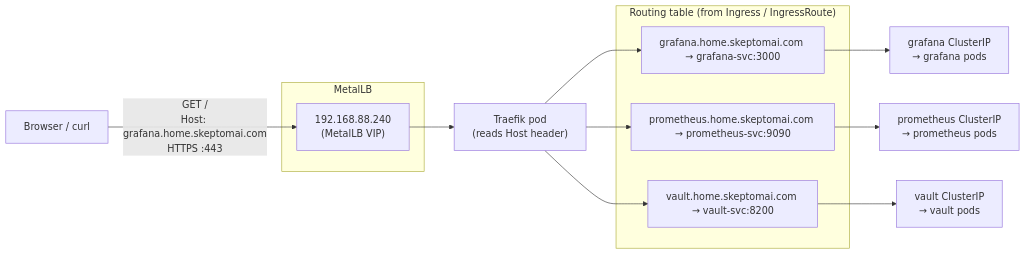
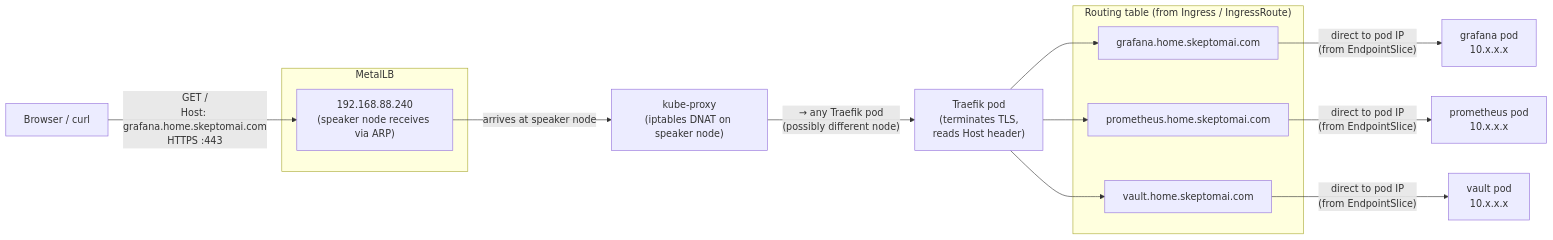
One commit to skeptomai/k3s-experiments changed the fourth of 5 diagrams in docs/vip-architecture.md. Above: the diagram before and after it, drawn with Mermaid. The commit also changed other lines of this file, not shown here.

First line of the commit message:
docs(vip-architecture): correct Traefik/kube-proxy traffic flow

````diff
--- a/docs/vip-architecture.md
+++ b/docs/vip-architecture.md
@@ -202,24 +202,25 @@
 ```mermaid
 graph LR
     client["Browser / curl"]
 
     client -->|"GET /\nHost: grafana.home.skeptomai.com\nHTTPS :443"| vip
 
     subgraph "MetalLB"
-        vip["192.168.88.240\n(MetalLB VIP)"]
+        vip["192.168.88.240\n(speaker node receives via ARP)"]
     end
 
-    vip --> traefik["Traefik pod\n(reads Host header)"]
+    vip -->|"arrives at speaker node"| kp["kube-proxy\n(iptables DNAT on speaker node)"]
+    kp -->|"→ any Traefik pod\n(possibly different node)"| traefik["Traefik pod\n(terminates TLS,\nreads Host header)"]
 
     subgraph "Routing table (from Ingress / IngressRoute)"
-        r1["grafana.home.skeptomai.com → grafana-svc:3000"]
-        r2["prometheus.home.skeptomai.com → prometheus-svc:9090"]
-        r3["vault.home.skeptomai.com → vault-svc:8200"]
+        r1["grafana.home.skeptomai.com"]
+        r2["prometheus.home.skeptomai.com"]
+        r3["vault.home.skeptomai.com"]
     end
 
     traefik --> r1 & r2 & r3
 
-    r1 --> gs["grafana ClusterIP\n→ grafana pods"]
-    r2 --> ps["prometheus ClusterIP\n→ prometheus pods"]
-    r3 --> vs["vault ClusterIP\n→ vault pods"]
+    r1 -->|"direct to pod IP\n(from EndpointSlice)"| gp["grafana pod\n10.x.x.x"]
+    r2 -->|"direct to pod IP\n(from EndpointSlice)"| pp["prometheus pod\n10.x.x.x"]
+    r3 -->|"direct to pod IP\n(from EndpointSlice)"| vp["vault pod\n10.x.x.x"]
 ```
````
